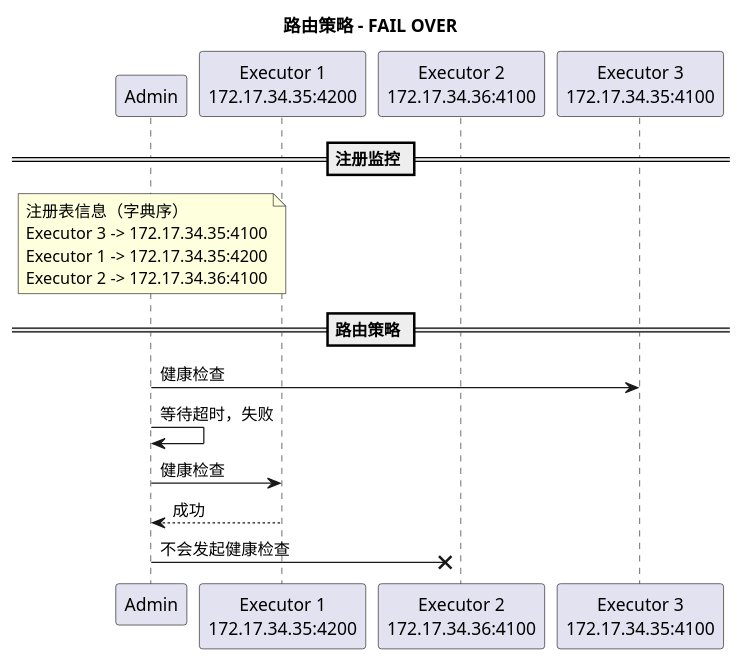
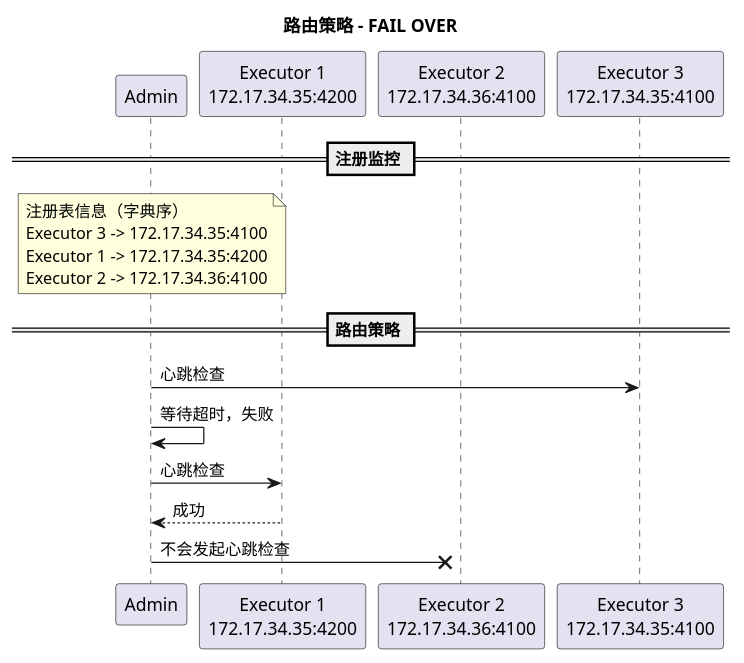
One commit to Sean-K-Wu/xxl-job changed the diagram in doc/uml/sequence/admin/route-fail-over.puml. Above: the diagram before and after it, drawn with PlantUML. The commit also changed 4 other files, not shown here.

```diff
--- a/doc/uml/sequence/admin/route-fail-over.puml
+++ b/doc/uml/sequence/admin/route-fail-over.puml
@@ -1,23 +1,23 @@
 @startuml
 title 路由策略 - FAIL OVER
 
 participant a as "Admin" order 10
 participant e1 as "Executor 1\n172.17.34.35:4200" order 20
 participant e2 as "Executor 2\n172.17.34.36:4100" order 30
 participant e3 as "Executor 3\n172.17.34.35:4100" order 40
 
 == 注册监控 ==
 note over a
     注册表信息（字典序）
     Executor 3 -> 172.17.34.35:4100
     Executor 1 -> 172.17.34.35:4200
     Executor 2 -> 172.17.34.36:4100
 end note
 
 == 路由策略 ==
-a -> e3 : 健康检查
+a -> e3 : 心跳检查
 a -> a : 等待超时，失败
-a -> e1 : 健康检查
+a -> e1 : 心跳检查
 a <-- e1 : 成功
-a ->X e2: 不会发起健康检查
+a ->X e2: 不会发起心跳检查
 @enduml
```
